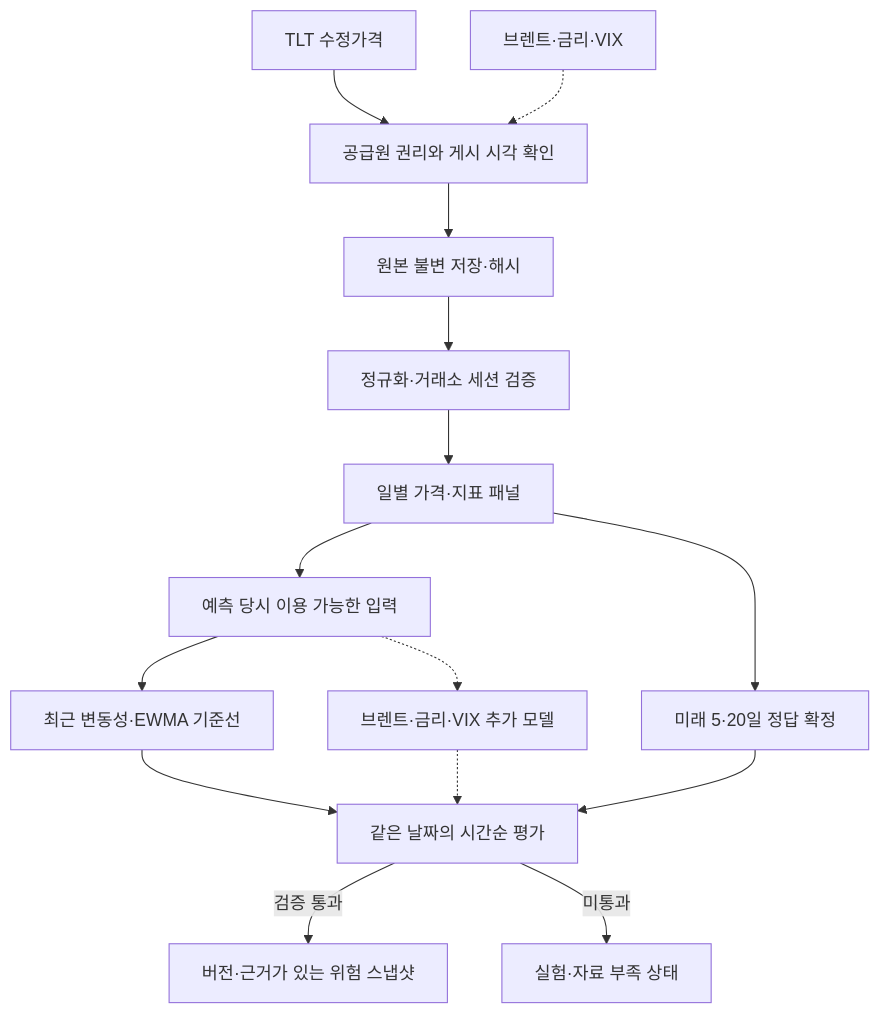
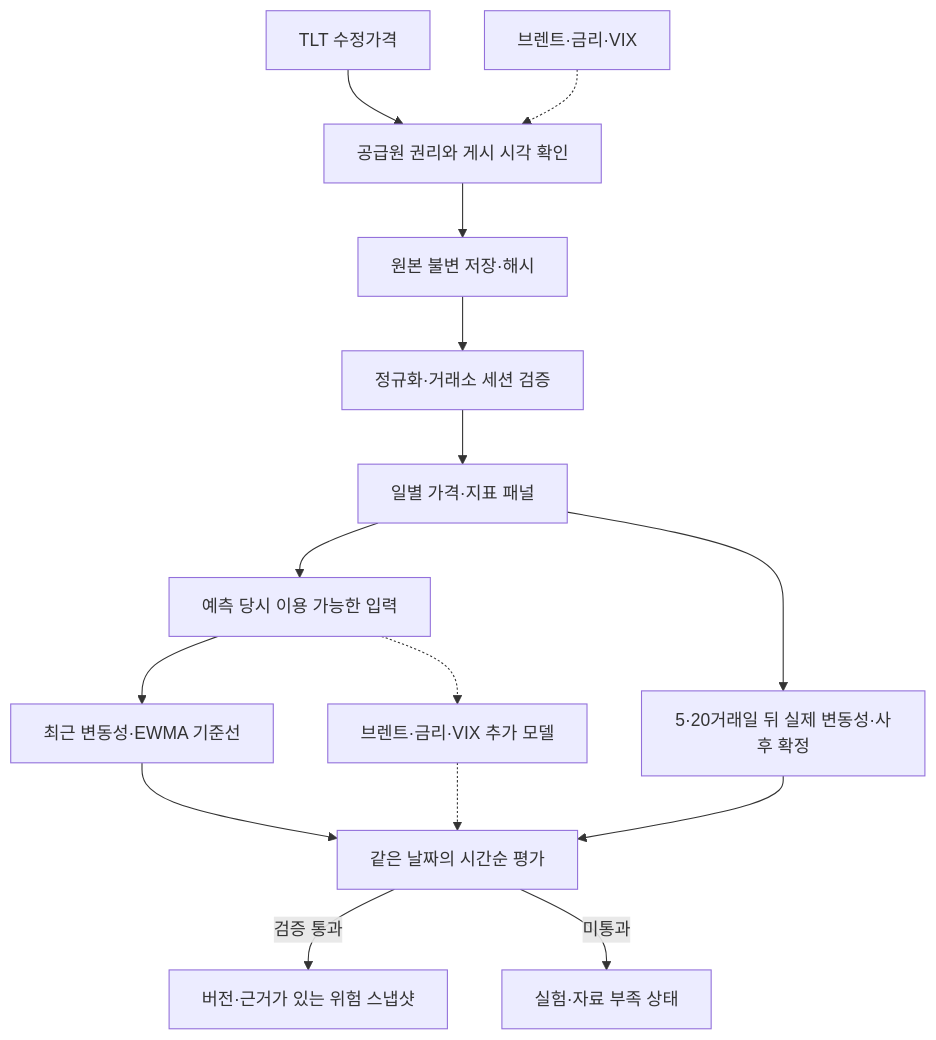
One commit to AnDev77/ShockGarph_AI changed the first of 2 diagrams in docs/project-flow.md. Above: the diagram before and after it, drawn with Mermaid. The commit also changed 2 other files, not shown here.

Commit message:
docs: 사후 관측 변동성의 의미 명확화

````diff
--- a/docs/project-flow.md
+++ b/docs/project-flow.md
@@ -10,17 +10,17 @@
 ```mermaid
 flowchart TB
     T["TLT 수정가격"] --> G["공급원 권리와 게시 시각 확인"]
     X["브렌트·금리·VIX"] -.-> G
     G --> R["원본 불변 저장·해시"]
     R --> N["정규화·거래소 세션 검증"]
     N --> D["일별 가격·지표 패널"]
     D --> I["예측 당시 이용 가능한 입력"]
-    D --> Y["미래 5·20일 정답 확정"]
+    D --> Y["5·20거래일 뒤 실제 변동성·사후 확정"]
     I --> B["최근 변동성·EWMA 기준선"]
     I -.-> M["브렌트·금리·VIX 추가 모델"]
     B --> E["같은 날짜의 시간순 평가"]
     M -.-> E
     Y --> E
     E -->|검증 통과| S["버전·근거가 있는 위험 스냅샷"]
     E -->|미통과| U["실험·자료 부족 상태"]
 ```
````
